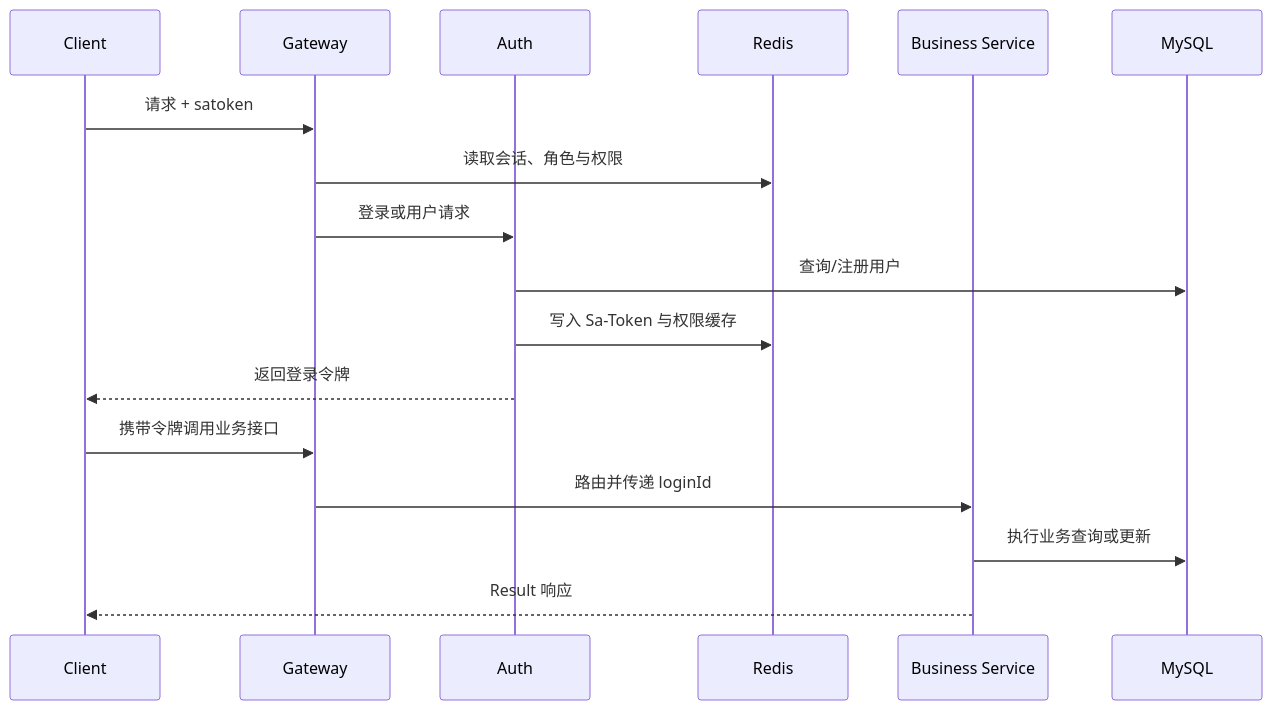
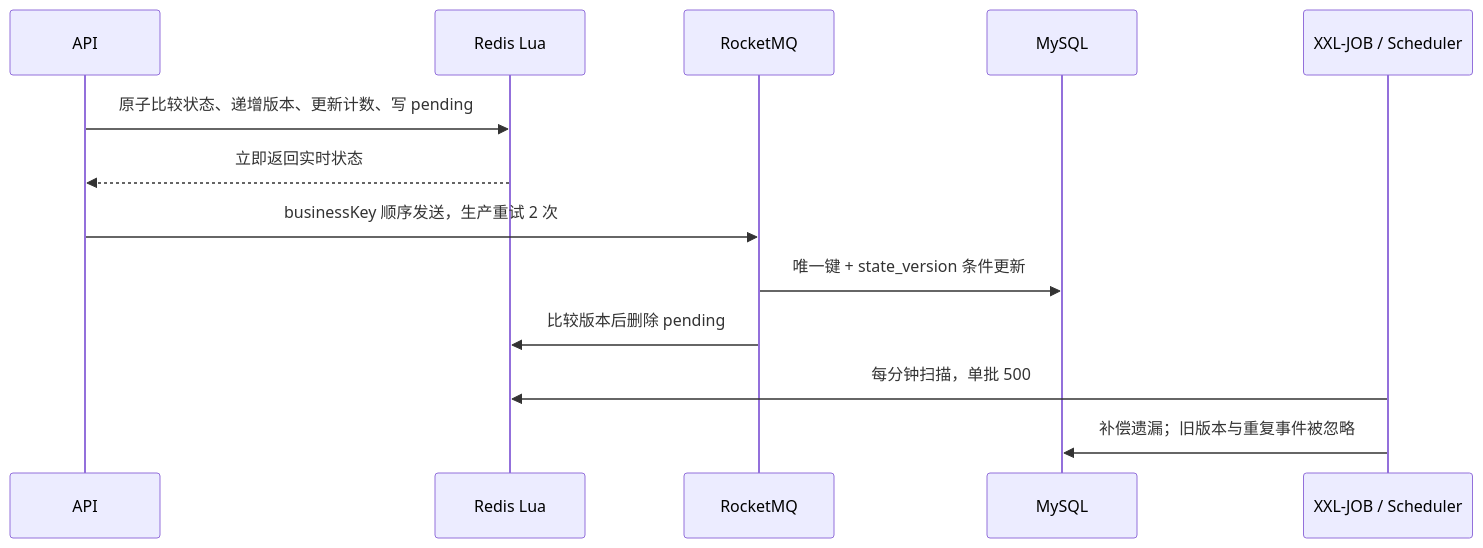
Before and after one commit to xianspiderman/dyh-interview-club: the third of 3 diagrams in README.md, drawn with Mermaid. The commit also changed other lines of this file and 12 other files, not shown here.

````diff
--- a/README.md
+++ b/README.md
@@ -63,20 +80,15 @@
 ```mermaid
 sequenceDiagram
-    participant C as Client
-    participant G as Gateway
-    participant A as Auth
-    participant R as Redis
-    participant S as Business Service
+    participant A as API
+    participant R as Redis Lua
+    participant M as RocketMQ
     participant D as MySQL
-
-    C->>G: 请求 + satoken
-    G->>R: 读取会话、角色与权限
-    G->>A: 登录或用户请求
-    A->>D: 查询/注册用户
-    A->>R: 写入 Sa-Token 与权限缓存
-    A-->>C: 返回登录令牌
-    C->>G: 携带令牌调用业务接口
-    G->>S: 路由并传递 loginId
-    S->>D: 执行业务查询或更新
-    S-->>C: Result 响应
+    participant J as XXL-JOB / Scheduler
+    A->>R: 原子比较状态、递增版本、更新计数、写 pending
+    R-->>A: 立即返回实时状态
+    A->>M: businessKey 顺序发送，生产重试 2 次
+    M->>D: 唯一键 + state_version 条件更新
+    M->>R: 比较版本后删除 pending
+    J->>R: 每分钟扫描，单批 500
+    J->>D: 补偿遗漏；旧版本与重复事件被忽略
 ```
````
